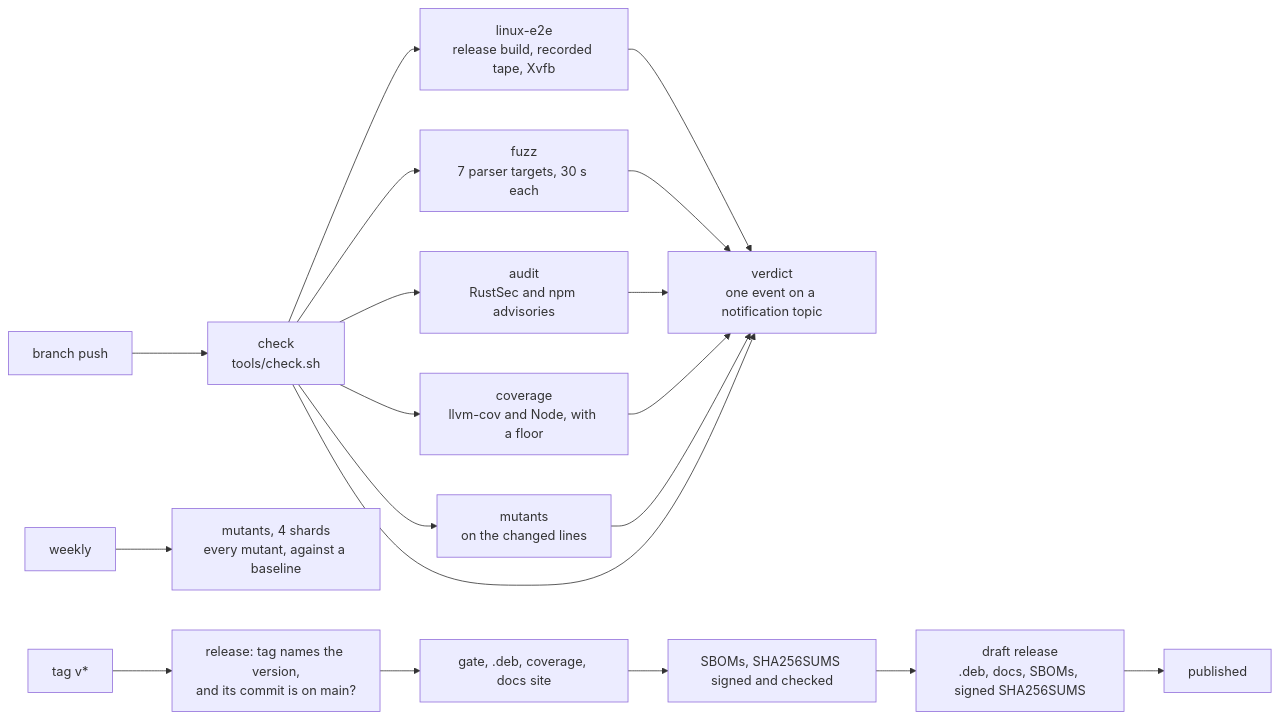
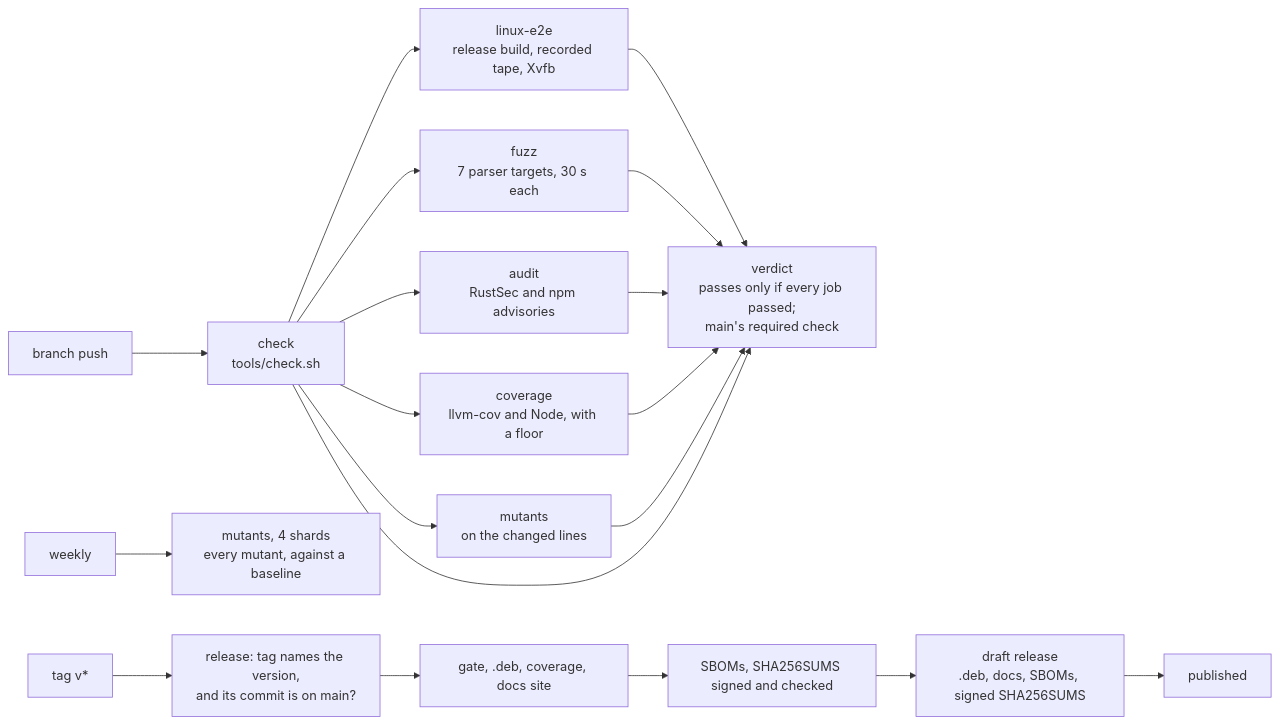
One commit to jake-king/maps-tauri changed the diagram in book/src/testing.md. Above: the diagram before and after it, drawn with Mermaid. The commit also changed 1 other file, not shown here.

Commit message:
ci: verdict fails unless every job passed
main's branch protection requires `ci / verdict (push)` alone, but the
verdict step exited 0 whatever it found: it was written as a notifier.
A red gate, a red leg or a cancelled run all left a green required check.
The event stays best effort; the step now ends with [ "$v" = success ].

Checked by running the step's script from the workflow file, old and
new, for all green, a red gate, one red leg, one cancelled leg: old exit
0 for all four, new 0 / 1 / 1 / 1.

````diff
--- a/book/src/testing.md
+++ b/book/src/testing.md
@@ -147,21 +147,21 @@
 ```mermaid
 flowchart LR
   push["branch push"] --> check["check<br/>tools/check.sh"]
   check --> e2e["linux-e2e<br/>release build, recorded tape, Xvfb"]
   check --> cov["coverage<br/>llvm-cov and Node, with a floor"]
-  e2e --> verdict["verdict<br/>one event on a notification topic"]
+  e2e --> verdict["verdict<br/>passes only if every job passed;<br/>main's required check"]
   check --> mut["mutants<br/>on the changed lines"]
   check --> audit["audit<br/>RustSec and npm advisories"]
   check --> fuzz["fuzz<br/>7 parser targets, 30 s each"]
   fuzz --> verdict
   audit --> verdict
   cov --> verdict
   mut --> verdict
   check --> verdict
   week["weekly"] --> mfull["mutants, 4 shards<br/>every mutant, against a baseline"]
   tag["tag v*"] --> vcheck["release: tag names the version,<br/>and its commit is on main?"]
   vcheck --> rgate["gate, .deb, coverage, docs site"]
   rgate --> sign["SBOMs, SHA256SUMS signed and checked"]
   sign --> draft["draft release<br/>.deb, docs, SBOMs, signed SHA256SUMS"]
   draft --> pub["published"]
 ```
````
